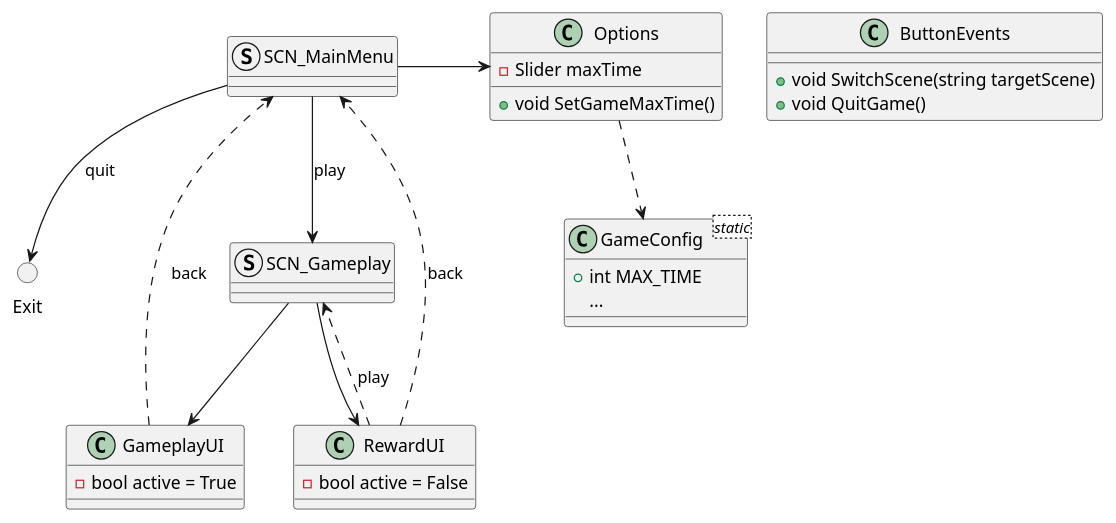
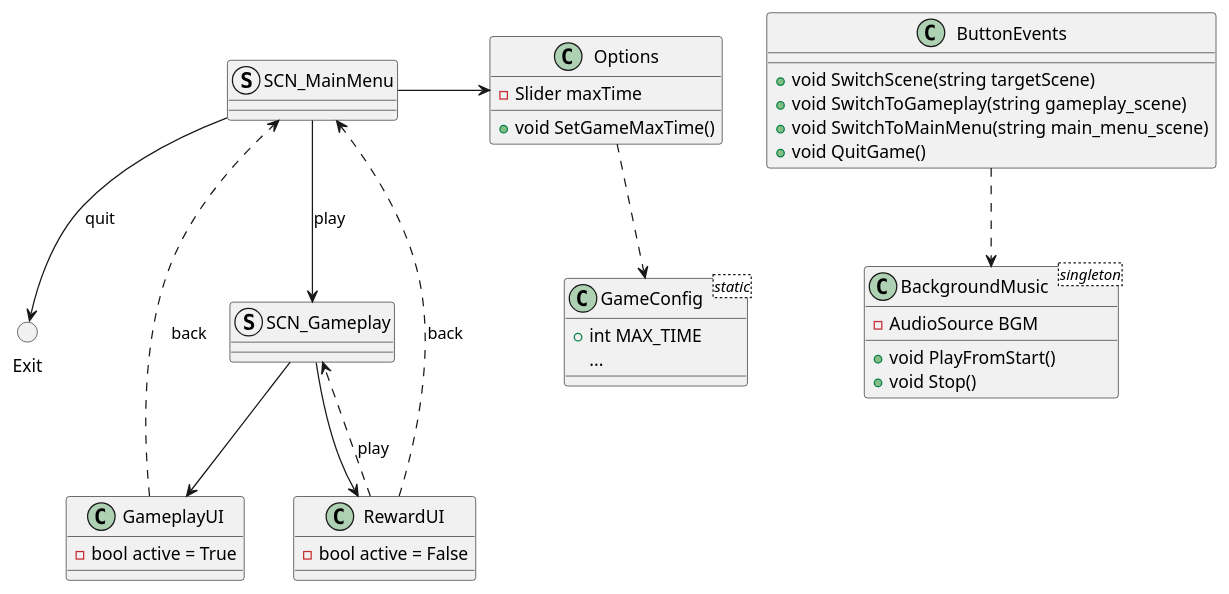
Before and after one commit to ItsAuro/grzegorz.mikulski.basket-challenge: the diagram in Docs/ApplicationUIFlow.puml, drawn with PlantUML. The commit also changed 14 other files, not shown here.

```diff
--- a/Docs/ApplicationUIFlow.puml
+++ b/Docs/ApplicationUIFlow.puml
@@ -1,34 +1,42 @@
 struct SCN_MainMenu
 struct SCN_Gameplay
 
 
 class "GameConfig<static>" as GameConfig {
   + int MAX_TIME
   ...
 }
 class GameplayUI{
   - bool active = True
 }
 class RewardUI{
   - bool active = False
 }
 class Options{
   - Slider maxTime
   + void SetGameMaxTime()
 }
 class ButtonEvents{
   + void SwitchScene(string targetScene)
+  + void SwitchToGameplay(string gameplay_scene)
+  + void SwitchToMainMenu(string main_menu_scene)
   + void QuitGame()
+}
+class "BackgroundMusic<singleton>" as BackgroundMusic{
+  - AudioSource BGM
+  + void PlayFromStart()
+  + void Stop()
 }
 circle Exit
 
+ButtonEvents ..> BackgroundMusic
 SCN_Gameplay --> GameplayUI
 SCN_Gameplay --> RewardUI
 SCN_MainMenu --> SCN_Gameplay : play
 SCN_MainMenu --> Exit : quit
 SCN_MainMenu -> Options
 
 RewardUI ..> SCN_Gameplay : play
 RewardUI ..> SCN_MainMenu : back
 GameplayUI ..> SCN_MainMenu : back
 Options ..> GameConfig
```
